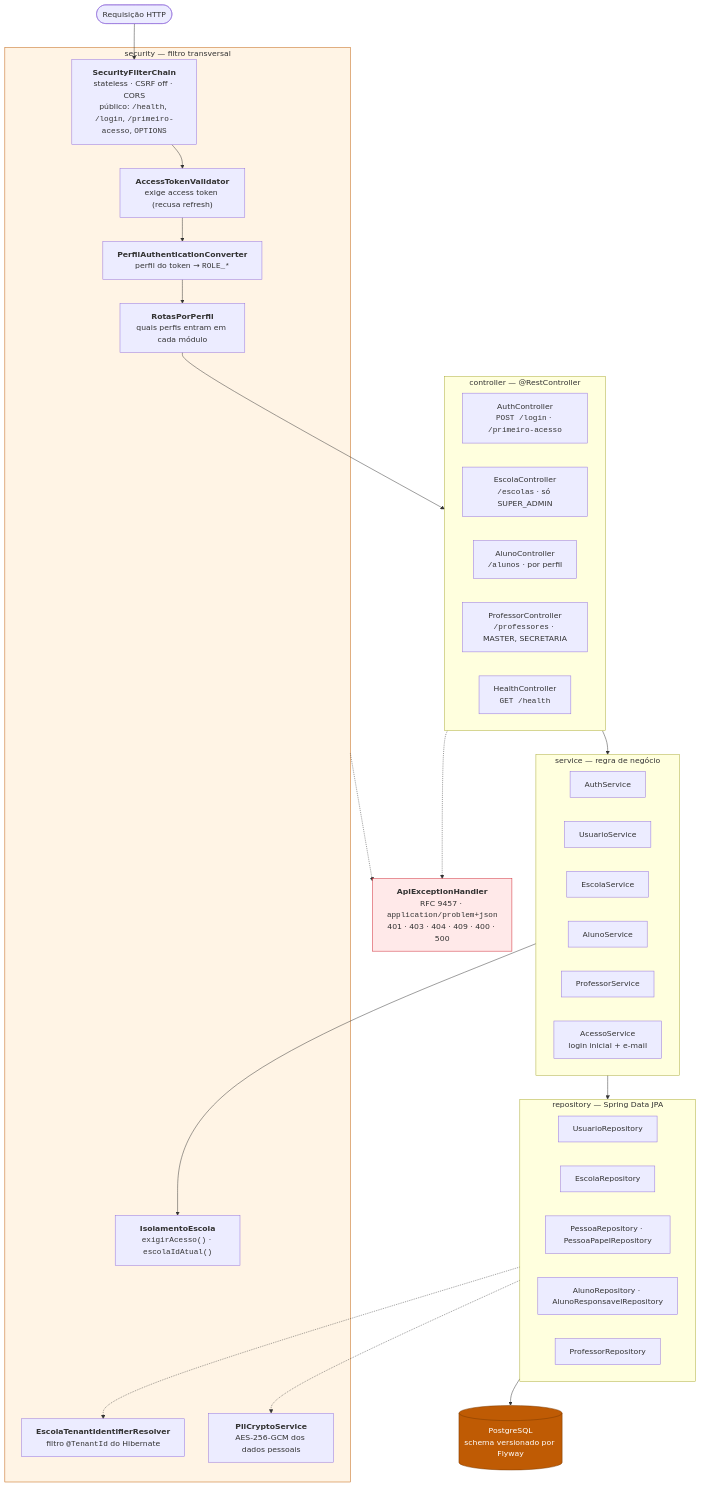
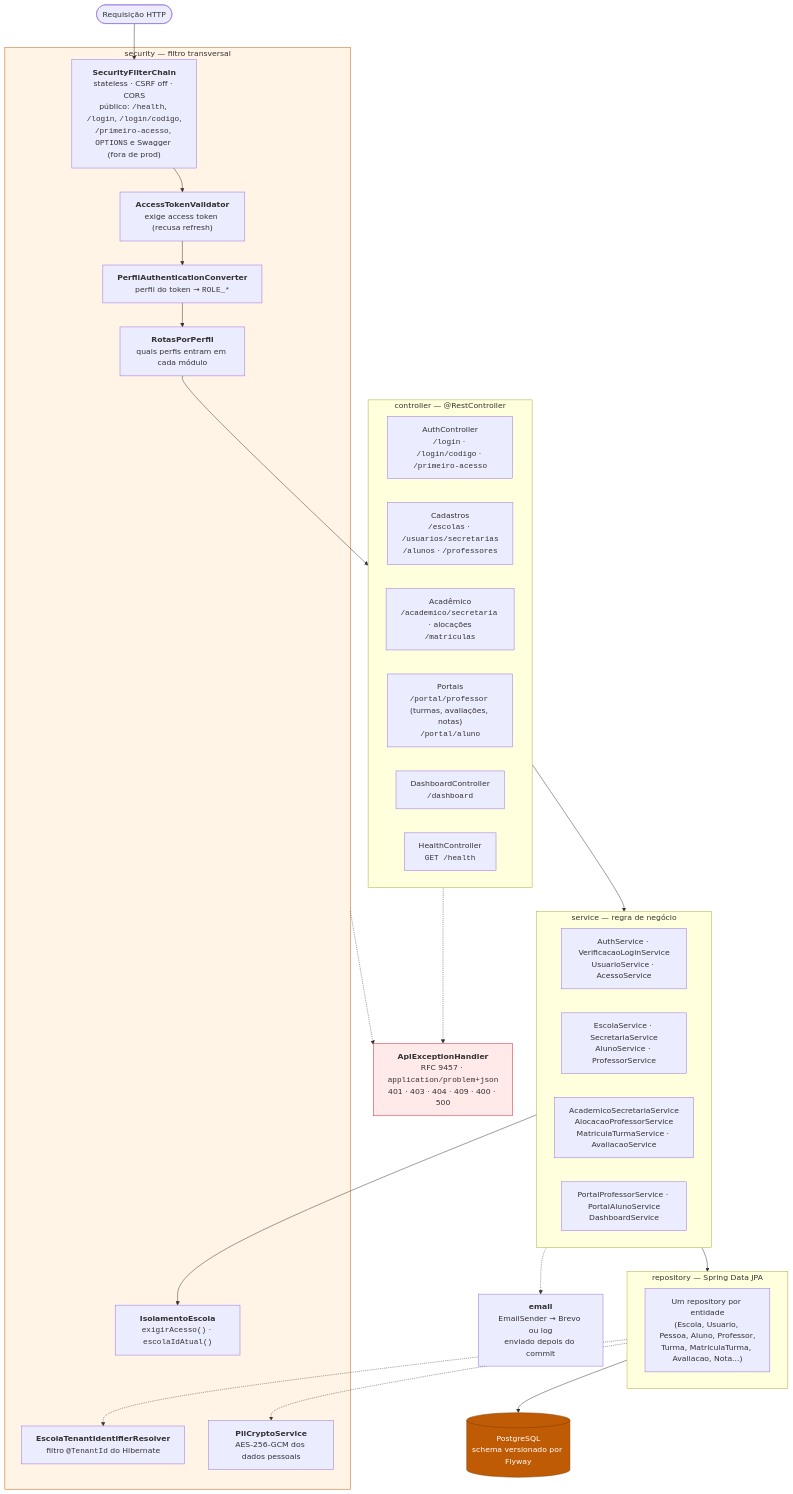
One commit to ICEI-PUC-Minas-PMGES-TI/pmg-es-2026-2-ti3-9577100-eduka changed the fourth of 6 diagrams in Artefatos/arquitetura/arquitetura-da-solucao.md. Above: the diagram before and after it, drawn with Mermaid. The commit also changed other lines of this file and 3 other files, not shown here.

````diff
--- a/Artefatos/arquitetura/arquitetura-da-solucao.md
+++ b/Artefatos/arquitetura/arquitetura-da-solucao.md
@@ -145,55 +150,52 @@
 ```mermaid
 flowchart TB
     REQ(["Requisição HTTP"])
 
     subgraph sec["security — filtro transversal"]
-        CHAIN["<b>SecurityFilterChain</b><br/>stateless · CSRF off · CORS<br/>público: <code>/health</code>, <code>/login</code>, <code>/primeiro-acesso</code>, <code>OPTIONS</code>"]
+        CHAIN["<b>SecurityFilterChain</b><br/>stateless · CSRF off · CORS<br/>público: <code>/health</code>, <code>/login</code>, <code>/login/codigo</code>,<br/><code>/primeiro-acesso</code>, <code>OPTIONS</code> e Swagger (fora de prod)"]
         VALID["<b>AccessTokenValidator</b><br/>exige access token (recusa refresh)"]
         CONV["<b>PerfilAuthenticationConverter</b><br/>perfil do token → <code>ROLE_*</code>"]
         ROTAS["<b>RotasPorPerfil</b><br/>quais perfis entram em cada módulo"]
         ISO["<b>IsolamentoEscola</b><br/><code>exigirAcesso()</code> · <code>escolaIdAtual()</code>"]
         TEN["<b>EscolaTenantIdentifierResolver</b><br/>filtro <code>@TenantId</code> do Hibernate"]
         PII["<b>PiiCryptoService</b><br/>AES-256-GCM dos dados pessoais"]
     end
 
     subgraph ctrl["controller — @RestController"]
-        AUTHC["AuthController<br/><code>POST /login</code> · <code>/primeiro-acesso</code>"]
-        ESCC["EscolaController<br/><code>/escolas</code> · só SUPER_ADMIN"]
-        ALUC["AlunoController<br/><code>/alunos</code> · por perfil"]
-        PROFC["ProfessorController<br/><code>/professores</code> · MASTER, SECRETARIA"]
+        AUTHC["AuthController<br/><code>/login</code> · <code>/login/codigo</code> · <code>/primeiro-acesso</code>"]
+        CADC["Cadastros<br/><code>/escolas</code> · <code>/usuarios/secretarias</code><br/><code>/alunos</code> · <code>/professores</code>"]
+        ACADC["Acadêmico<br/><code>/academico/secretaria</code> · alocações<br/><code>/matriculas</code>"]
+        PORTC["Portais<br/><code>/portal/professor</code> (turmas, avaliações, notas)<br/><code>/portal/aluno</code>"]
+        DASHC["DashboardController<br/><code>/dashboard</code>"]
         HLTC["HealthController<br/><code>GET /health</code>"]
     end
 
     subgraph svc["service — regra de negócio"]
-        AUTHS["AuthService"]
-        USUS["UsuarioService"]
-        ESCS["EscolaService"]
-        ALUS["AlunoService"]
-        PROFS["ProfessorService"]
-        ACES["AcessoService<br/>login inicial + e-mail"]
+        AUTHS["AuthService · VerificacaoLoginService<br/>UsuarioService · AcessoService"]
+        CADS["EscolaService · SecretariaService<br/>AlunoService · ProfessorService"]
+        ACADS["AcademicoSecretariaService<br/>AlocacaoProfessorService<br/>MatriculaTurmaService · AvaliacaoService"]
+        PORTS["PortalProfessorService · PortalAlunoService<br/>DashboardService"]
     end
 
     subgraph repo["repository — Spring Data JPA"]
-        UR["UsuarioRepository"]
-        ER["EscolaRepository"]
-        PER["PessoaRepository · PessoaPapelRepository"]
-        AR["AlunoRepository · AlunoResponsavelRepository"]
-        PRR["ProfessorRepository"]
+        REPOS["Um repository por entidade<br/>(Escola, Usuario, Pessoa, Aluno, Professor,<br/>Turma, MatriculaTurma, Avaliacao, Nota...)"]
     end
 
+    MAIL["<b>email</b><br/>EmailSender → Brevo ou log<br/>enviado depois do commit"]
     DB[("PostgreSQL<br/>schema versionado por Flyway")]
     ERR["<b>ApiExceptionHandler</b><br/>RFC 9457 · <code>application/problem+json</code><br/>401 · 403 · 404 · 409 · 400 · 500"]
 
     REQ --> CHAIN --> VALID --> CONV --> ROTAS --> ctrl
     ctrl --> svc
     svc --> ISO
     svc --> repo --> DB
+    svc -.-> MAIL
     repo -.-> TEN
     repo -.-> PII
     ctrl -.-> ERR
     sec -.-> ERR
 
     style sec fill:#fff4e5,stroke:#bf5b04
     style ERR fill:#ffe9e9,stroke:#cf222e
     style DB fill:#bf5b04,stroke:#7a3a00,color:#fff
 ```
````
